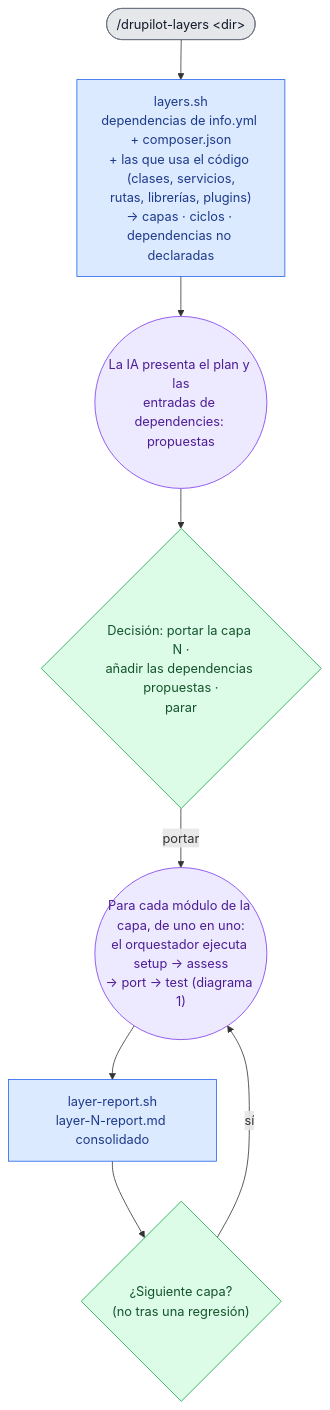
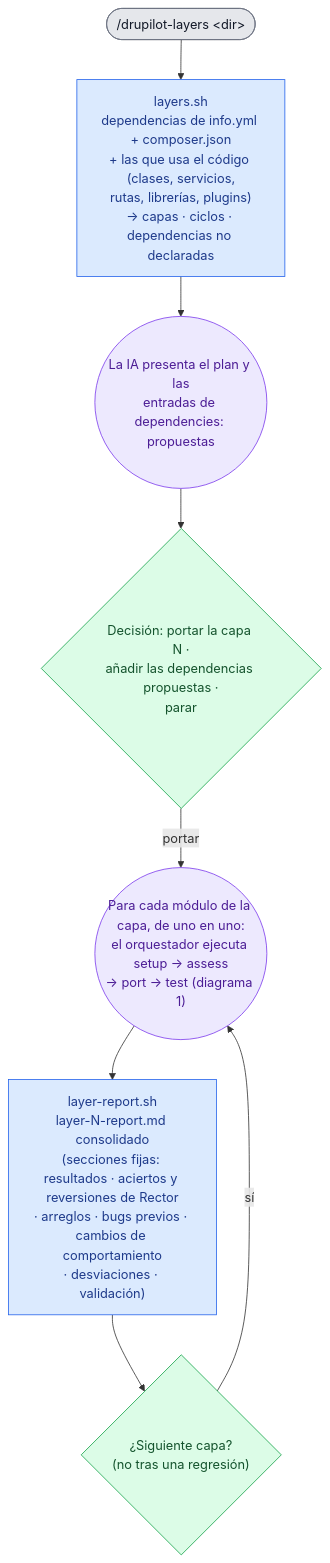
Before and after one commit to thebrokenbrain/drupilot: the fifth of 5 diagrams in FLOW_es.md, drawn with Mermaid. The commit also changed other lines of this file and 17 other files, not shown here.

````diff
--- a/FLOW_es.md
+++ b/FLOW_es.md
@@ -227,19 +229,19 @@
 ```mermaid
 flowchart TD
     L0(["/drupilot-layers &lt;dir&gt;"]):::result
     LS["layers.sh<br/>dependencias de info.yml + composer.json<br/>+ las que usa el código (clases, servicios,<br/>rutas, librerías, plugins)<br/>→ capas · ciclos · dependencias no declaradas"]:::script
     LAI(("La IA presenta el plan y las<br/>entradas de dependencies: propuestas")):::ai
     LD{"Decisión: portar la capa N ·<br/>añadir las dependencias propuestas ·<br/>parar"}:::human
     LP(("Para cada módulo de la capa, de uno en uno:<br/>el orquestador ejecuta setup → assess<br/>→ port → test (diagrama 1)")):::ai
-    LR["layer-report.sh<br/>layer-N-report.md consolidado"]:::script
+    LR["layer-report.sh<br/>layer-N-report.md consolidado<br/>(secciones fijas: resultados · aciertos y reversiones de Rector<br/>· arreglos · bugs previos · cambios de comportamiento<br/>· desviaciones · validación)"]:::script
     LN{"¿Siguiente capa?<br/>(no tras una regresión)"}:::human
 
     L0 --> LS --> LAI --> LD
     LD -->|portar| LP --> LR --> LN
     LN -->|sí| LP
 
     classDef script fill:#dbeafe,stroke:#2563eb,color:#1e3a8a;
     classDef ai fill:#ede9fe,stroke:#7c3aed,color:#4c1d95;
     classDef human fill:#dcfce7,stroke:#16a34a,color:#14532d;
     classDef result fill:#e5e7eb,stroke:#6b7280,color:#111827;
 ```
````
